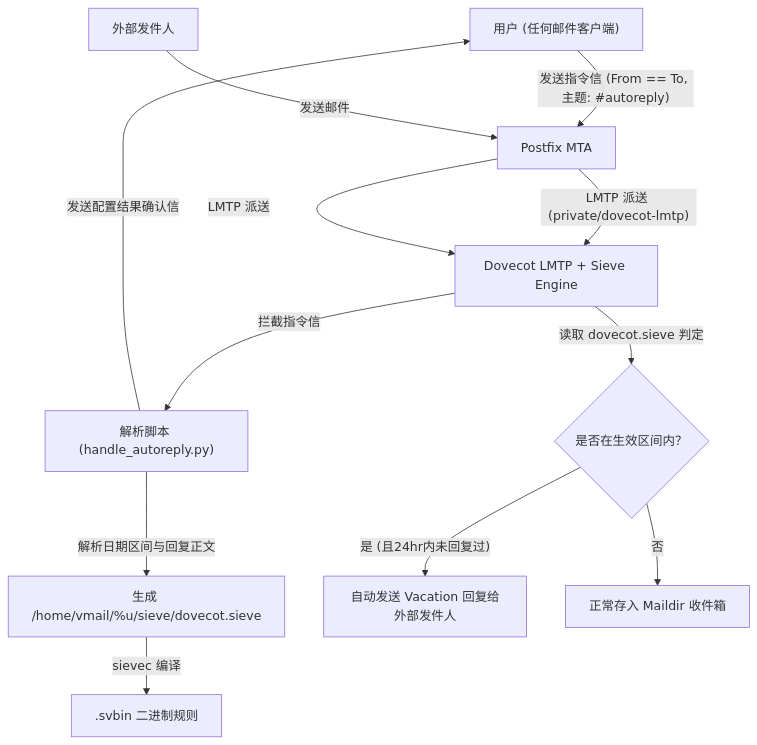
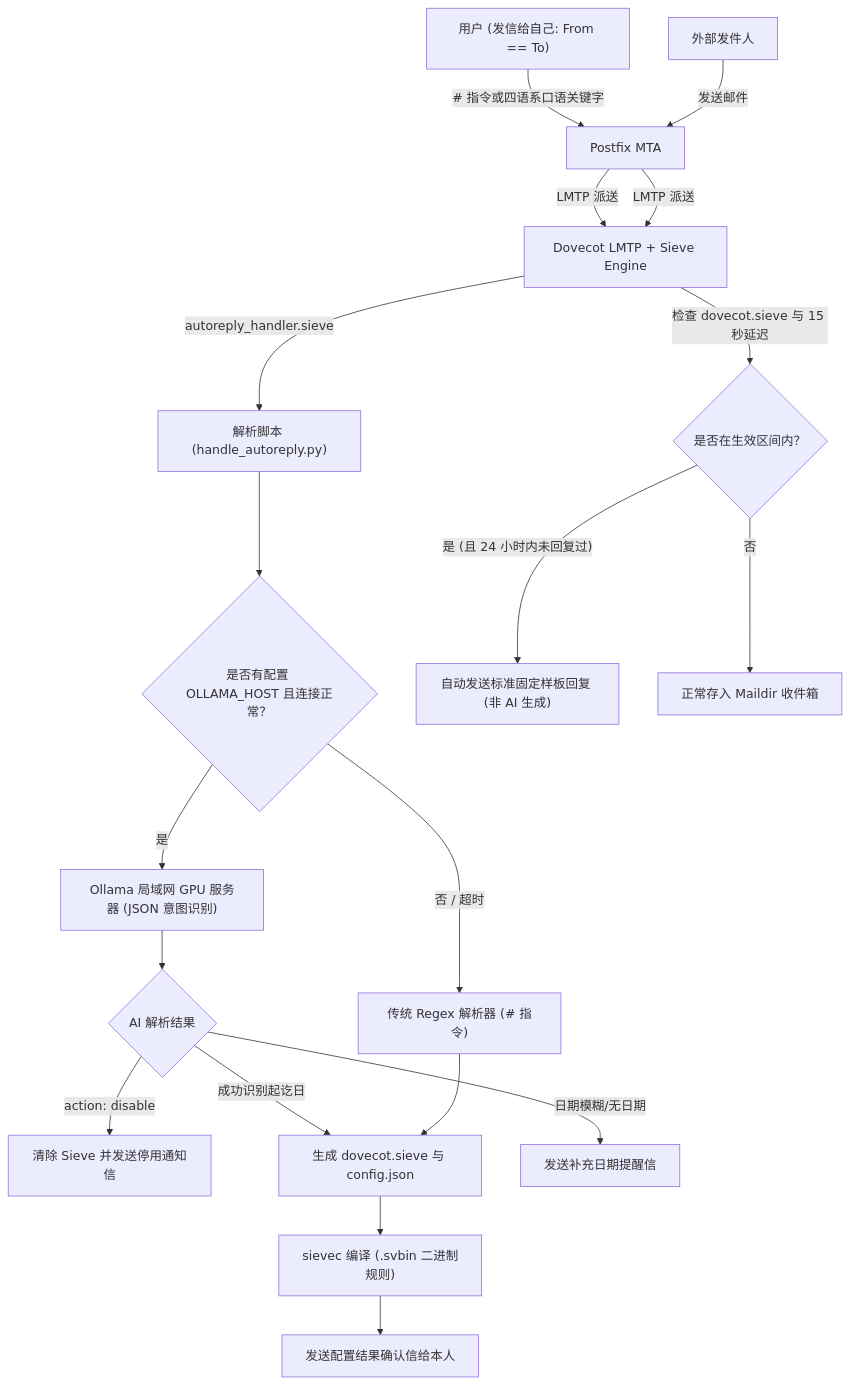
Before and after one commit to WilliamFromTW/docker-Postfix-AD: the fourth of 4 diagrams in ARCHITECTURE.zh-CN.md, drawn with Mermaid. The commit also changed other lines of this file and 11 other files, not shown here.

Commit message:
feat(autoreply): support ollama local AI for natural language auto-reply in 4 languages

````diff
--- a/ARCHITECTURE.zh-CN.md
+++ b/ARCHITECTURE.zh-CN.md
@@ -208,16 +208,26 @@
 ```mermaid
 graph TD
-    User["用户 (任何邮件客户端)"] -->|"发送指令信 (From == To, 主题: #autoreply)"| Postfix["Postfix MTA"]
-    Postfix -->|"LMTP 派送 (private/dovecot-lmtp)"| Dovecot["Dovecot LMTP + Sieve Engine"]
+    User["用户 (发信给自己: From == To)"] -->|"# 指令或四语系口语关键字"| Postfix["Postfix MTA"]
+    Postfix -->|"LMTP 派送"| Dovecot["Dovecot LMTP + Sieve Engine"]
     
-    Dovecot -->|"拦截指令信"| Handler["解析脚本 (handle_autoreply.py)"]
-    Handler -->|"解析日期区间与回复正文"| SieveGen["生成 /home/vmail/%u/sieve/dovecot.sieve"]
-    SieveGen -->|"sievec 编译"| Binary[".svbin 二进制规则"]
-    Handler -->|"发送配置结果确认信"| User
+    Dovecot -->|"autoreply_handler.sieve"| Handler["解析脚本 (handle_autoreply.py)"]
+    Handler --> CheckOllama{"是否有配置 OLLAMA_HOST 且连接正常？"}
+    
+    CheckOllama -->|"是"| Ollama["Ollama 局域网 GPU 服务器 (JSON 意图识别)"]
+    CheckOllama -->|"否 / 超时"| FallbackRegex["传统 Regex 解析器 (# 指令)"]
+    
+    Ollama --> ResultCheck{"AI 解析结果"}
+    ResultCheck -->|"action: disable"| DoDisable["清除 Sieve 并发送停用通知信"]
+    ResultCheck -->|"成功识别起讫日"| ApplyConfig["生成 dovecot.sieve 与 config.json"]
+    ResultCheck -->|"日期模糊/无日期"| NotifyUnclear["发送补充日期提醒信"]
+    
+    FallbackRegex --> ApplyConfig
+    ApplyConfig --> Sievec["sievec 编译 (.svbin 二进制规则)"]
+    Sievec --> SendSuccess["发送配置结果确认信给本人"]
 
     RemoteSender["外部发件人"] -->|"发送邮件"| Postfix
     Postfix -->|"LMTP 派送"| Dovecot
-    Dovecot -->|"读取 dovecot.sieve 判定"| CheckDate{"是否在生效区间内？"}
-    CheckDate -->|"是 (且24hr内未回复过)"| AutoReply["自动发送 Vacation 回复给外部发件人"]
+    Dovecot -->|"检查 dovecot.sieve 与 15 秒延迟"| CheckDate{"是否在生效区间内？"}
+    CheckDate -->|"是 (且 24 小时内未回复过)"| AutoReply["自动发送标准固定样板回复 (非 AI 生成)"]
     CheckDate -->|"否"| Inbox["正常存入 Maildir 收件箱"]
 ```
````
